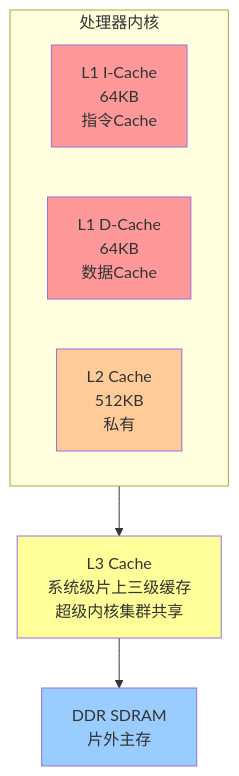
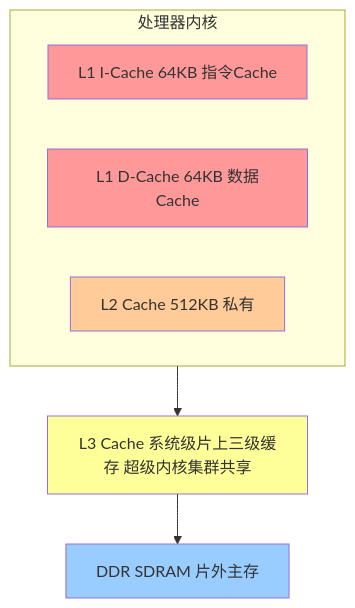
Before and after one commit to gilismael826-lgtm/course: the diagram in 计算机组成原理/notes/章节笔记/第3章-存储系统/第3章-3.8-鲲鹏920处理器的存储系统.md, drawn with Mermaid. The commit also changed other lines of this file and 28 other files, not shown here.

````diff
--- a/计算机组成原理/notes/章节笔记/第3章-存储系统/第3章-3.8-鲲鹏920处理器的存储系统.md
+++ b/计算机组成原理/notes/章节笔记/第3章-存储系统/第3章-3.8-鲲鹏920处理器的存储系统.md
@@ -29,19 +29,19 @@
 ```mermaid
 flowchart TB
     subgraph Core["处理器内核"]
-        L1I["L1 I-Cache<br/>64KB<br/>指令Cache"]
-        L1D["L1 D-Cache<br/>64KB<br/>数据Cache"]
-        L2["L2 Cache<br/>512KB<br/>私有"]
+        L1I["L1 I-Cache 64KB 指令Cache"]
+        L1D["L1 D-Cache 64KB 数据Cache"]
+        L2["L2 Cache 512KB 私有"]
     end
     
-    L3["L3 Cache<br/>系统级片上三级缓存<br/>超级内核集群共享"]
-    DDR["DDR SDRAM<br/>片外主存"]
+    L3["L3 Cache 系统级片上三级缓存 超级内核集群共享"]
+    DDR["DDR SDRAM 片外主存"]
     
     Core --> L3 --> DDR
     
     style L1I fill:#ff9999
     style L1D fill:#ff9999
     style L2 fill:#ffcc99
     style L3 fill:#ffff99
     style DDR fill:#99ccff
 ```
````
